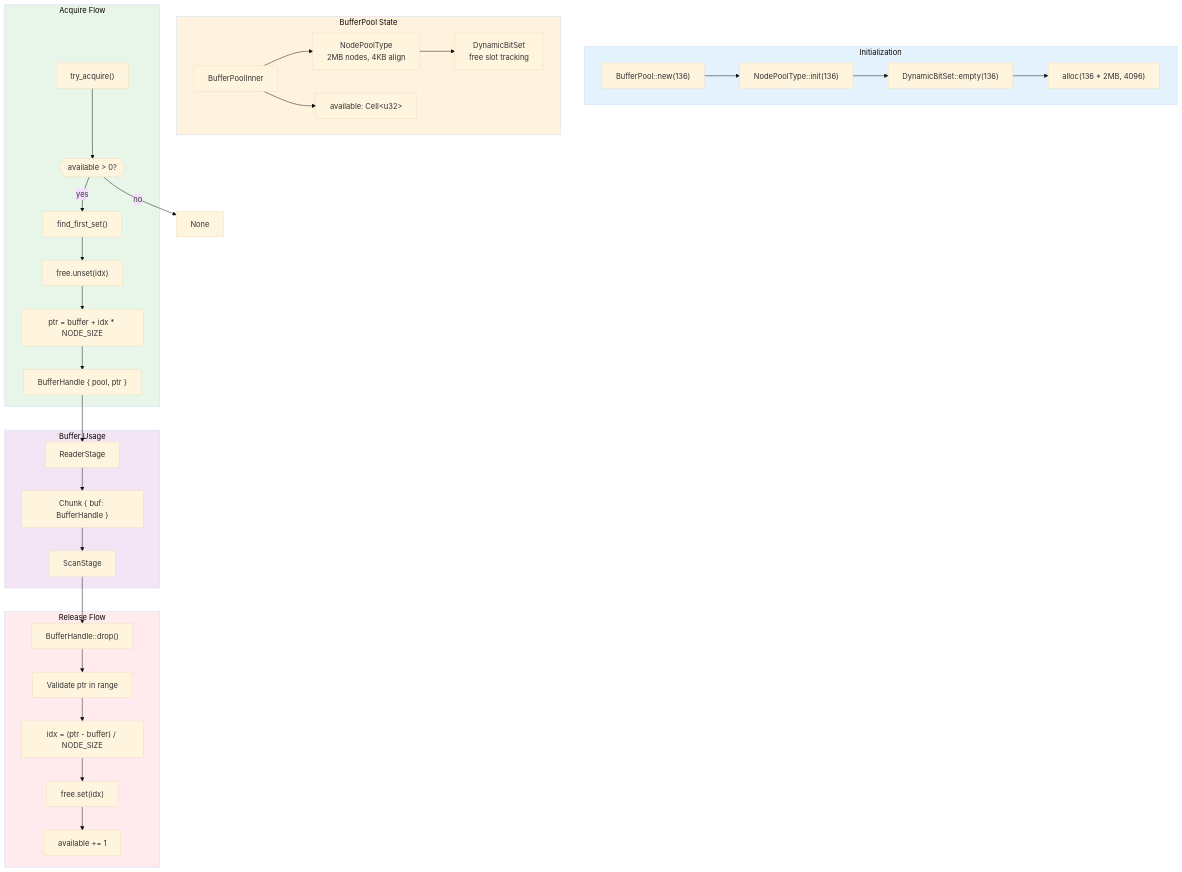
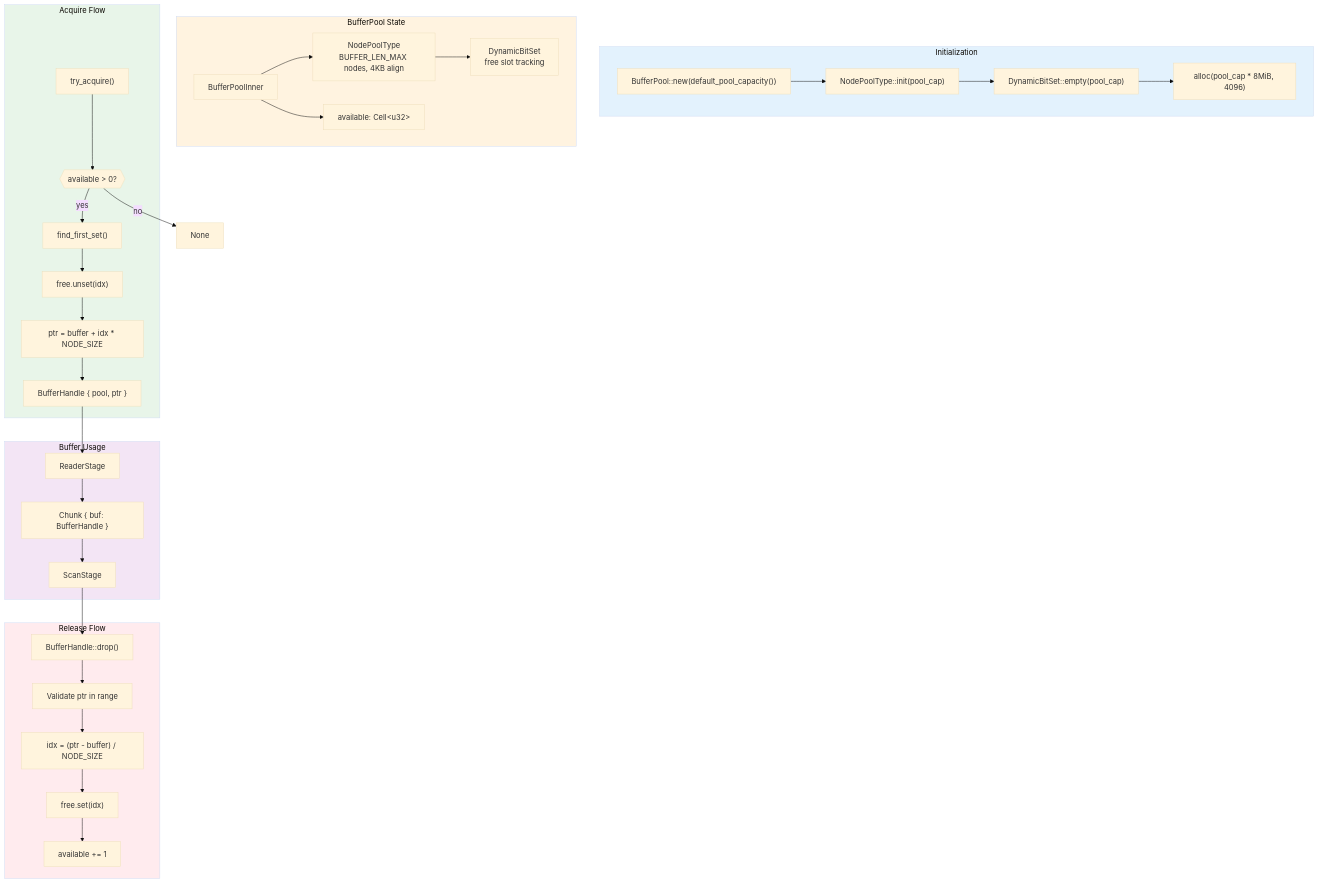
Before and after one commit to ahrav/scratch-scanner-rs: the first of 4 diagrams in docs/memory-management.md, drawn with Mermaid (base theme). The commit also changed other lines of this file and 11 other files, not shown here.

````diff
--- a/docs/memory-management.md
+++ b/docs/memory-management.md
@@ -325,70 +325,70 @@
 ```mermaid
 flowchart TB
     subgraph Init["Initialization"]
-        PoolInit["BufferPool::new(136)"]
-        NodeInit["NodePoolType::init(136)"]
-        BitInit["DynamicBitSet::empty(136)"]
-        Alloc["alloc(136 * 2MB, 4096)"]
+        PoolInit["BufferPool::new(default_pool_capacity())"]
+        NodeInit["NodePoolType::init(pool_cap)"]
+        BitInit["DynamicBitSet::empty(pool_cap)"]
+        Alloc["alloc(pool_cap * 8MiB, 4096)"]
     end
 
     subgraph Pool["BufferPool State"]
         Inner["BufferPoolInner"]
-        NodePool["NodePoolType<br/>2MB nodes, 4KB align"]
+        NodePool["NodePoolType<br/>BUFFER_LEN_MAX nodes, 4KB align"]
         Available["available: Cell&lt;u32&gt;"]
         Bitset["DynamicBitSet<br/>free slot tracking"]
     end
 
     subgraph Acquire["Acquire Flow"]
         TryAcq["try_acquire()"]
         CheckAvail{{"available > 0?"}}
         FindFree["find_first_set()"]
         UnsetBit["free.unset(idx)"]
         CalcPtr["ptr = buffer + idx * NODE_SIZE"]
         Handle["BufferHandle { pool, ptr }"]
     end
 
     subgraph Release["Release Flow"]
         Drop["BufferHandle::drop()"]
         ValidatePtr["Validate ptr in range"]
         CalcIdx["idx = (ptr - buffer) / NODE_SIZE"]
         SetBit["free.set(idx)"]
         IncAvail["available += 1"]
     end
 
     subgraph Usage["Buffer Usage"]
         Reader["ReaderStage"]
         Chunk["Chunk { buf: BufferHandle }"]
         Scanner["ScanStage"]
     end
 
     PoolInit --> NodeInit
     NodeInit --> BitInit
     BitInit --> Alloc
 
     Inner --> NodePool
     Inner --> Available
     NodePool --> Bitset
 
     TryAcq --> CheckAvail
     CheckAvail --> |"no"| None["None"]
     CheckAvail --> |"yes"| FindFree
     FindFree --> UnsetBit
     UnsetBit --> CalcPtr
     CalcPtr --> Handle
 
     Handle --> Reader
     Reader --> Chunk
     Chunk --> Scanner
     Scanner --> Drop
 
     Drop --> ValidatePtr
     ValidatePtr --> CalcIdx
     CalcIdx --> SetBit
     SetBit --> IncAvail
 
     style Init fill:#e3f2fd
     style Pool fill:#fff3e0
     style Acquire fill:#e8f5e9
     style Release fill:#ffebee
     style Usage fill:#f3e5f5
 ```
````
